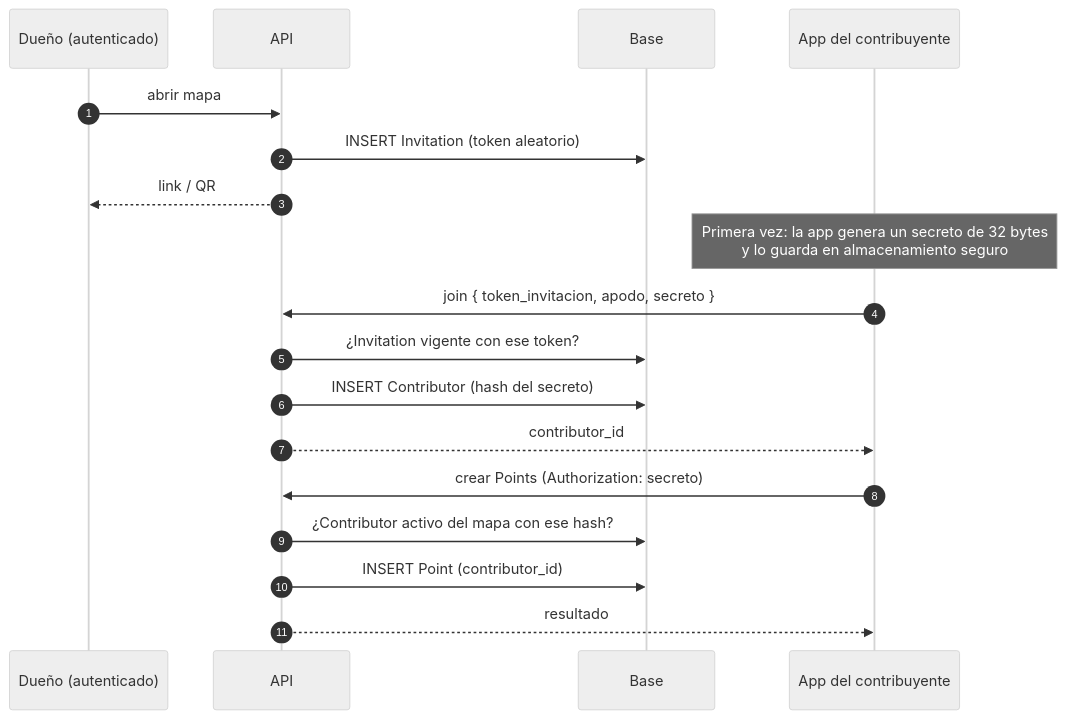
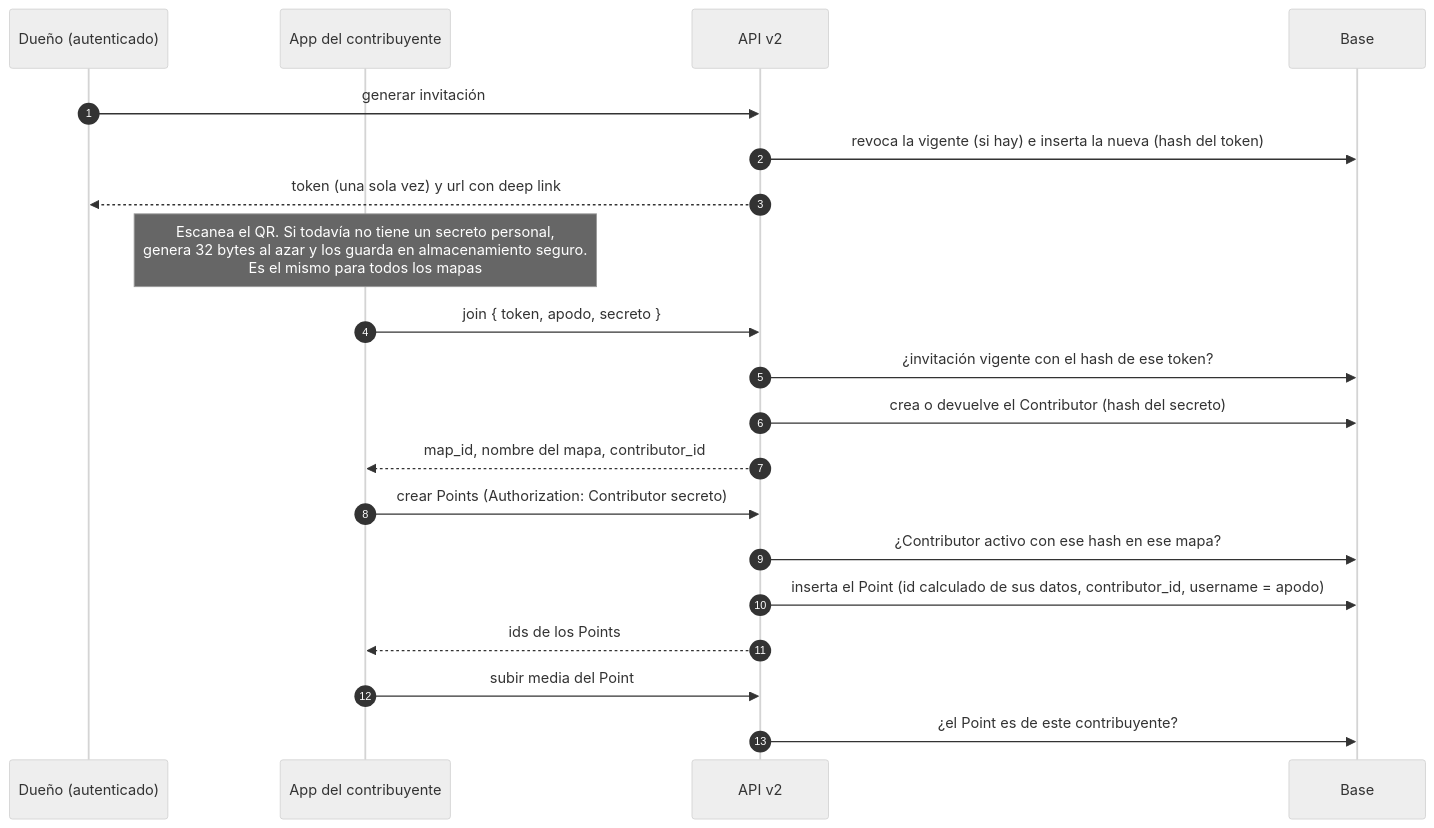
The fourth of 4 diagrams in docs/how-it-works/map_contributions.md (hotosm/chatmap), drawn with Mermaid (neutral theme) before and after one commit. The commit also changed other lines of this file and 2 other files, not shown here.

````diff
--- a/docs/how-it-works/map_contributions.md
+++ b/docs/how-it-works/map_contributions.md
@@ -184,23 +195,26 @@
 ```mermaid
 sequenceDiagram
     autonumber
     participant D as Dueño (autenticado)
-    participant A as API
+    participant C as App del contribuyente
+    participant A as API v2
     participant B as Base
-    participant C as App del contribuyente
 
-    D->>A: abrir mapa
-    A->>B: INSERT Invitation (token aleatorio)
-    A-->>D: link / QR
+    D->>A: generar invitación
+    A->>B: revoca la vigente (si hay) e inserta la nueva (hash del token)
+    A-->>D: token (una sola vez) y url con deep link
 
-    Note over C: Primera vez: la app genera un secreto de 32 bytes<br/>y lo guarda en almacenamiento seguro
-    C->>A: join { token_invitacion, apodo, secreto }
-    A->>B: ¿Invitation vigente con ese token?
-    A->>B: INSERT Contributor (hash del secreto)
-    A-->>C: contributor_id
+    Note over C: Escanea el QR. Si todavía no tiene un secreto personal,<br/>genera 32 bytes al azar y los guarda en almacenamiento seguro.<br/>Es el mismo para todos los mapas
+    C->>A: join { token, apodo, secreto }
+    A->>B: ¿invitación vigente con el hash de ese token?
+    A->>B: crea o devuelve el Contributor (hash del secreto)
+    A-->>C: map_id, nombre del mapa, contributor_id
 
-    C->>A: crear Points (Authorization: secreto)
-    A->>B: ¿Contributor activo del mapa con ese hash?
-    A->>B: INSERT Point (contributor_id)
-    A-->>C: resultado
+    C->>A: crear Points (Authorization: Contributor secreto)
+    A->>B: ¿Contributor activo con ese hash en ese mapa?
+    A->>B: inserta el Point (id calculado de sus datos, contributor_id, username = apodo)
+    A-->>C: ids de los Points
+
+    C->>A: subir media del Point
+    A->>B: ¿el Point es de este contribuyente?
 ```
````
